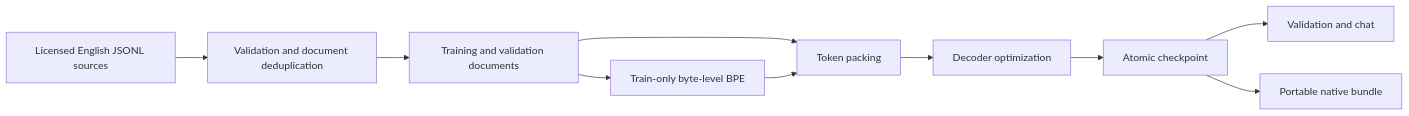
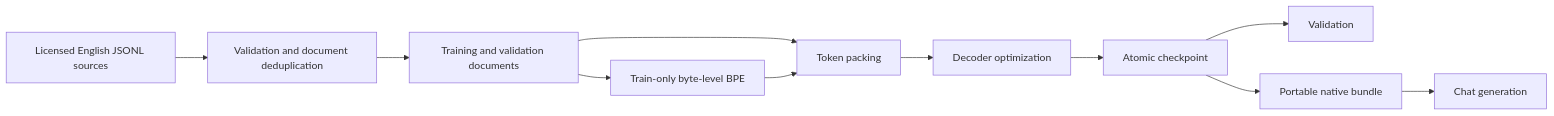
The diagram in docs/architecture.md (Sidiora-Labs/llm-training-clearforge), drawn with Mermaid before and after one commit. The commit also changed 10 other files, not shown here.

````diff
--- a/docs/architecture.md
+++ b/docs/architecture.md
@@ -7,12 +7,13 @@
 ```mermaid
 flowchart LR
     A[Licensed English JSONL sources] --> B[Validation and document deduplication]
     B --> C[Training and validation documents]
     C --> D[Train-only byte-level BPE]
     C --> E[Token packing]
     D --> E
     E --> F[Decoder optimization]
     F --> G[Atomic checkpoint]
-    G --> H[Validation and chat]
+    G --> H[Validation]
     G --> I[Portable native bundle]
+    I --> J[Chat generation]
 ```
````
